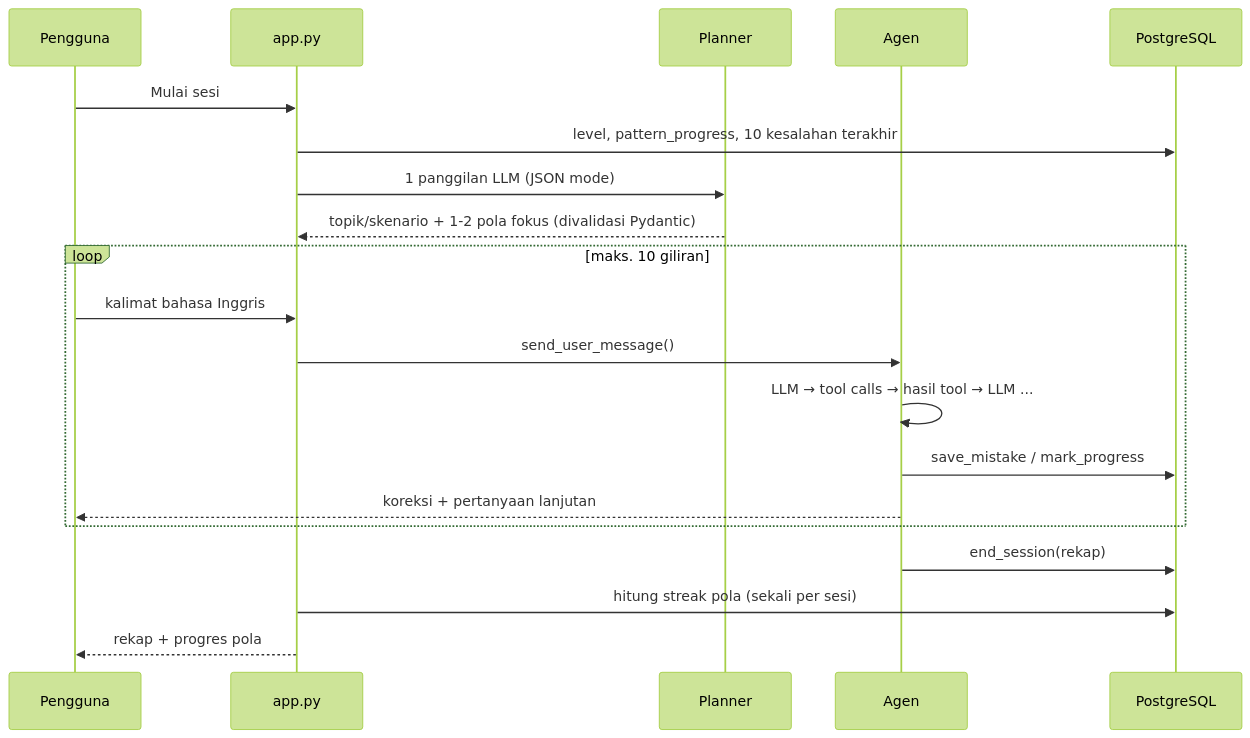
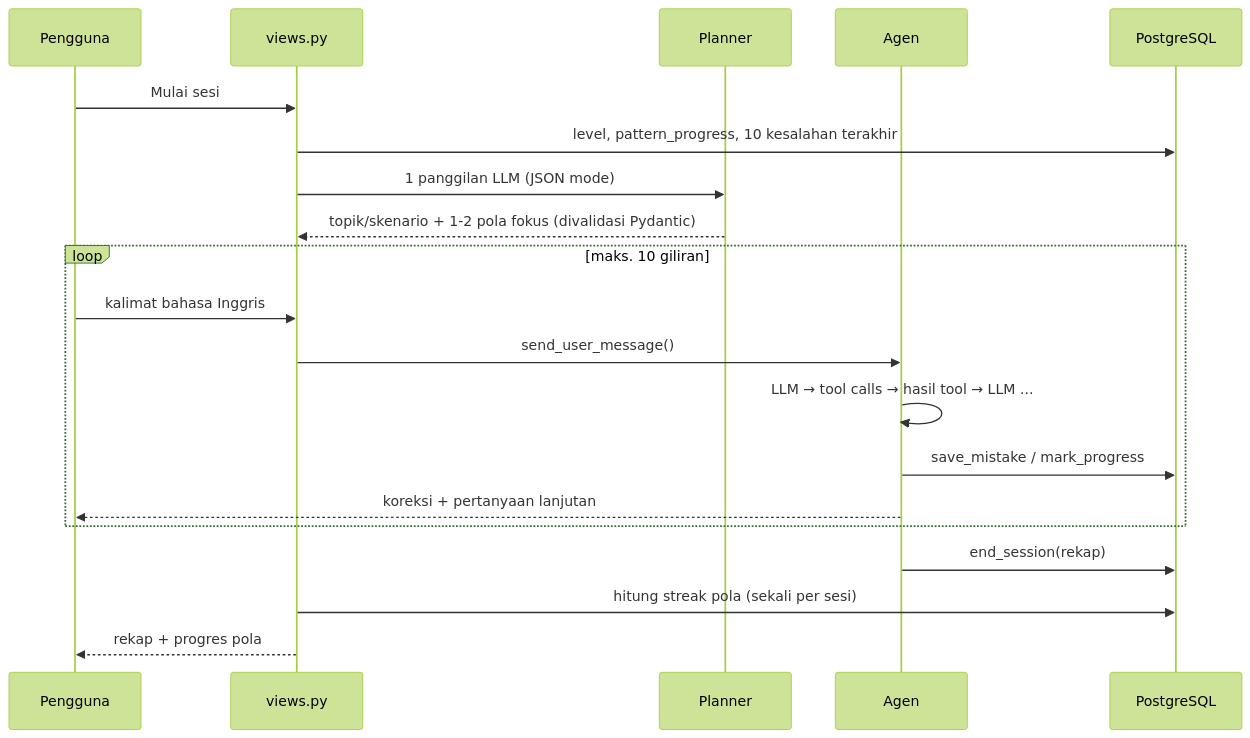
The second of 2 diagrams in README.md (2500016085-GuspiAnanda/AI-English-Tutor), drawn with Mermaid (forest theme) before and after one commit. The commit also changed other lines of this file and 1 other file, not shown here.

````diff
--- a/README.md
+++ b/README.md
@@ -68,22 +77,22 @@
 ```mermaid
 sequenceDiagram
     participant U as Pengguna
-    participant A as app.py
+    participant A as views.py
     participant P as Planner
     participant G as Agen
     participant D as PostgreSQL
     U->>A: Mulai sesi
     A->>D: level, pattern_progress, 10 kesalahan terakhir
     A->>P: 1 panggilan LLM (JSON mode)
     P-->>A: topik/skenario + 1-2 pola fokus (divalidasi Pydantic)
     loop maks. 10 giliran
         U->>A: kalimat bahasa Inggris
         A->>G: send_user_message()
         G->>G: LLM → tool calls → hasil tool → LLM ...
         G->>D: save_mistake / mark_progress
         G-->>U: koreksi + pertanyaan lanjutan
     end
     G->>D: end_session(rekap)
     A->>D: hitung streak pola (sekali per sesi)
     A-->>U: rekap + progres pola
 ```
````
